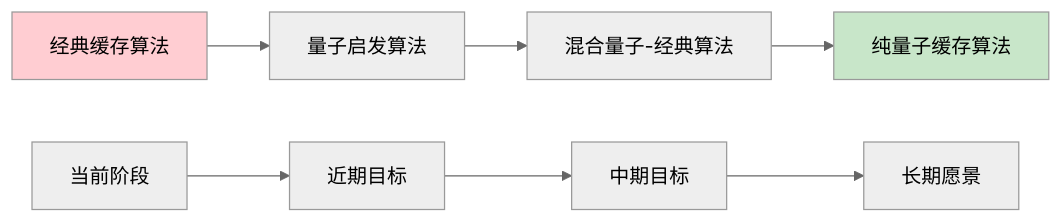
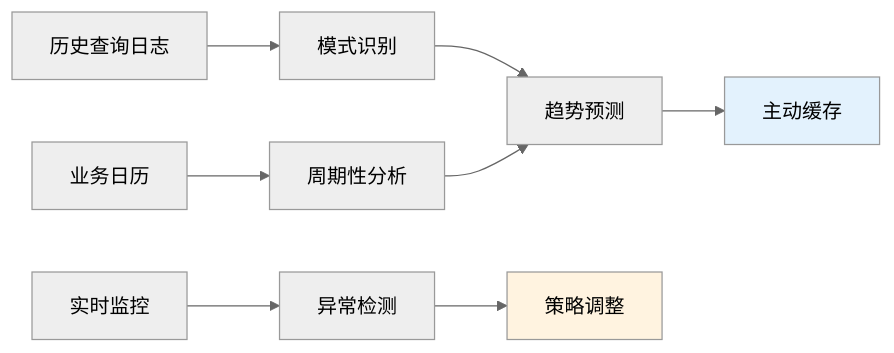
One commit to crazypenguincode/duckdb changed the third of 5 diagrams in md/第六章-总结与展望.md. Above: the diagram before and after it, drawn with Mermaid (neutral theme). The commit also changed other lines of this file and 361 other files, not shown here.

````diff
--- a/md/第六章-总结与展望.md
+++ b/md/第六章-总结与展望.md
@@ -354,13 +164,15 @@
 ```mermaid
 graph LR
-    A[经典缓存算法] --> B[量子启发算法]
-    B --> C[混合量子-经典算法]
-    C --> D[纯量子缓存算法]
+    A[历史查询日志] --> B[模式识别]
+    B --> C[趋势预测]
+    C --> D[主动缓存]
     
-    E[当前阶段] --> F[近期目标]
-    F --> G[中期目标]
-    G --> H[长期愿景]
+    E[业务日历] --> F[周期性分析]
+    F --> C
     
-    style A fill:#ffcdd2
-    style D fill:#c8e6c9
+    G[实时监控] --> H[异常检测]
+    H --> I[策略调整]
+    
+    style D fill:#e3f2fd
+    style I fill:#fff3e0
 ```
````
